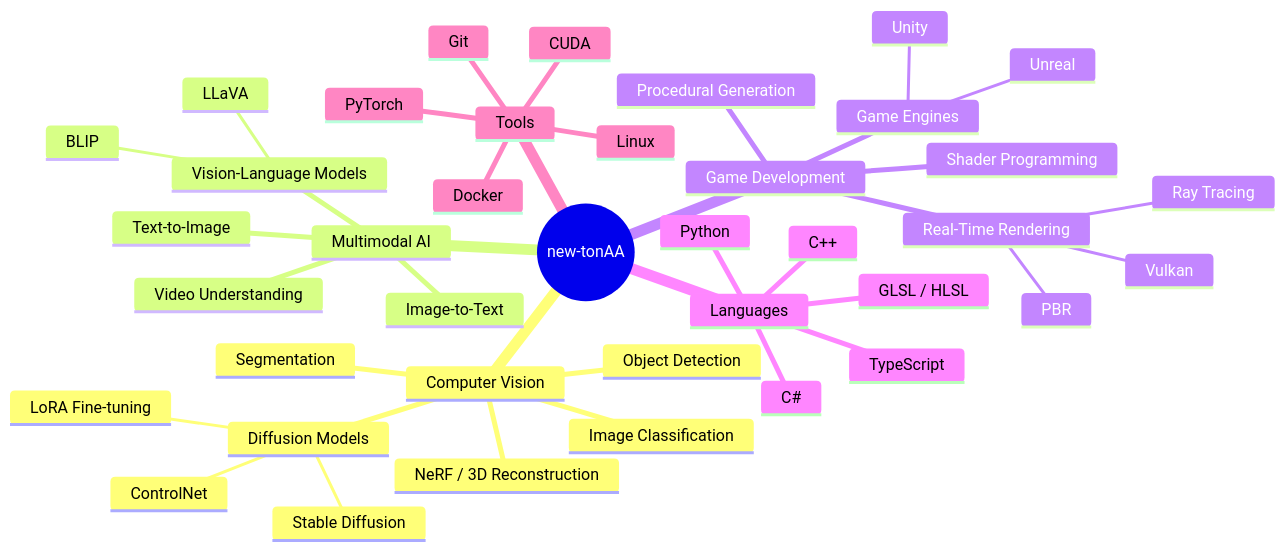
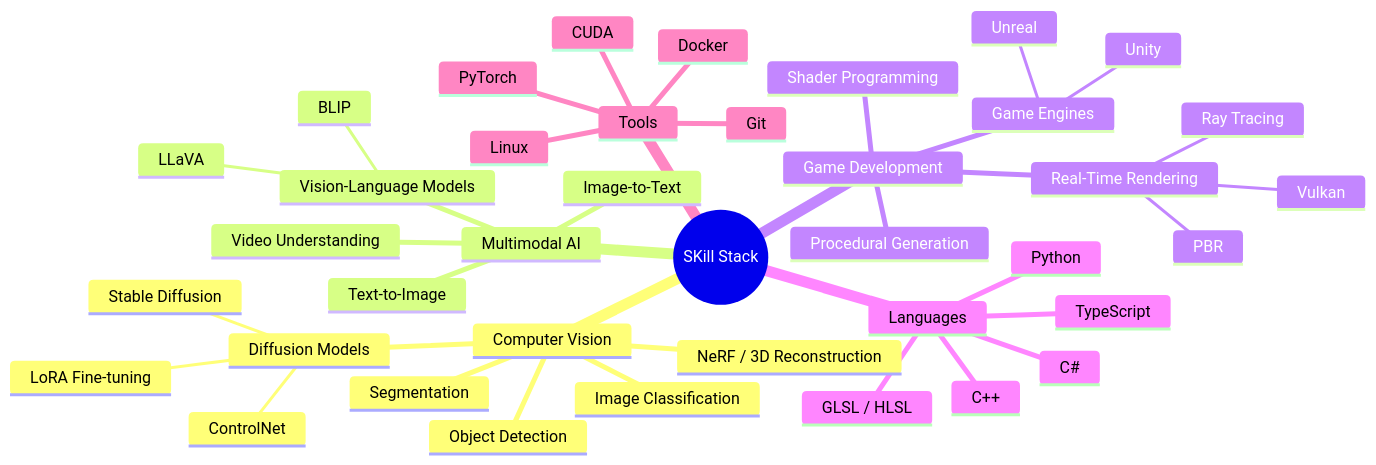
The diagram in README.md (new-tonAA/new-tonAA), drawn with Mermaid before and after one commit. The commit also changed other lines of this file, not shown here.

````diff
--- a/README.md
+++ b/README.md
@@ -65,42 +9,42 @@
 ```mermaid
 mindmap
-  root((new-tonAA))
+  root((SKill Stack))
     Computer Vision
       Image Classification
       Object Detection
       Segmentation
       NeRF / 3D Reconstruction
       Diffusion Models
         Stable Diffusion
         ControlNet
         LoRA Fine-tuning
     Multimodal AI
       Vision-Language Models
         BLIP
         LLaVA
       Text-to-Image
       Image-to-Text
       Video Understanding
     Game Development
       Game Engines
         Unity
         Unreal
       Real-Time Rendering
         PBR
         Ray Tracing
         Vulkan
       Shader Programming
       Procedural Generation
     Languages
       Python
       C++
       C#
       GLSL / HLSL
       TypeScript
     Tools
       PyTorch
       CUDA
       Docker
       Git
       Linux
 ```
````
